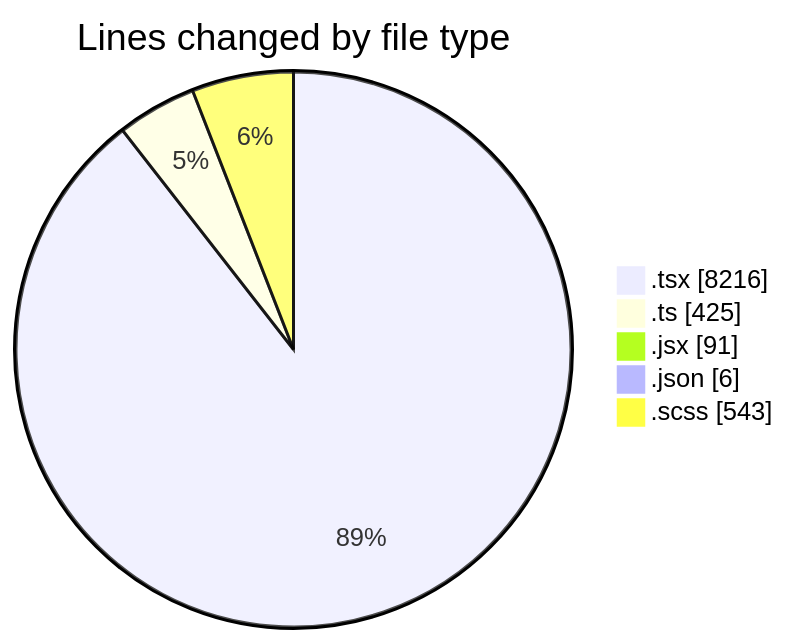
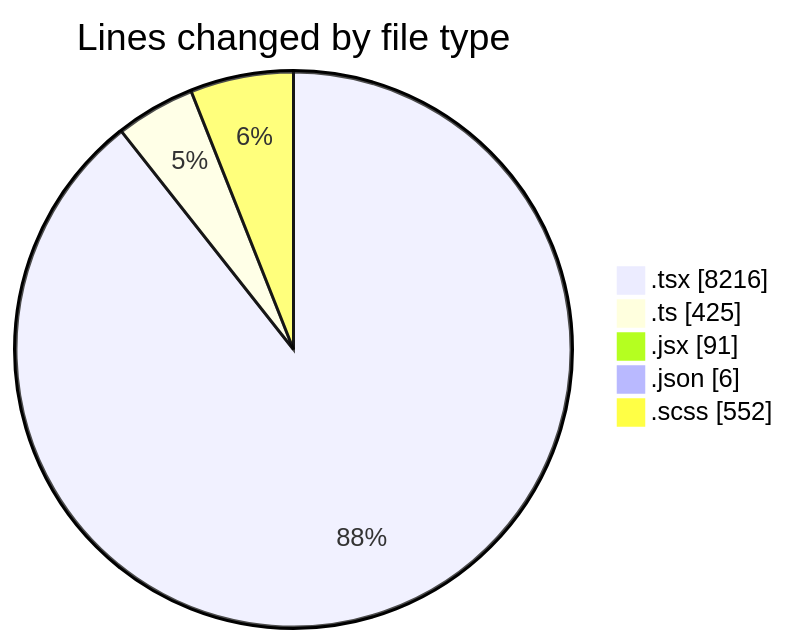
Before and after one commit to momahboobian/code-tracking: the first of 2 diagrams in 2026-04-27/cda/README.md, drawn with Mermaid. The commit also changed other lines of this file and 1 other file, not shown here.

````diff
--- a/2026-04-27/cda/README.md
+++ b/2026-04-27/cda/README.md
@@ -55,9 +55,9 @@
 ```mermaid
 pie showData
 title Lines changed by file type
 ".tsx" : 8216
 ".ts" : 425
 ".jsx" : 91
 ".json" : 6
-".scss" : 543
+".scss" : 552
 ```
````
